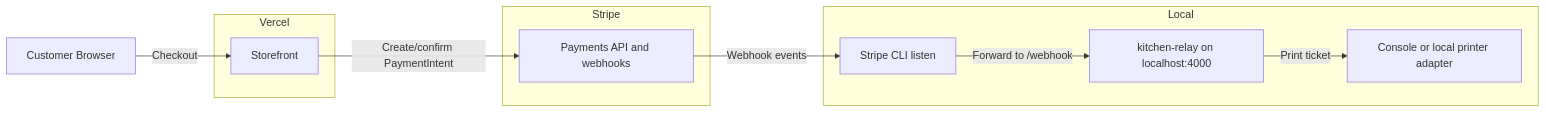
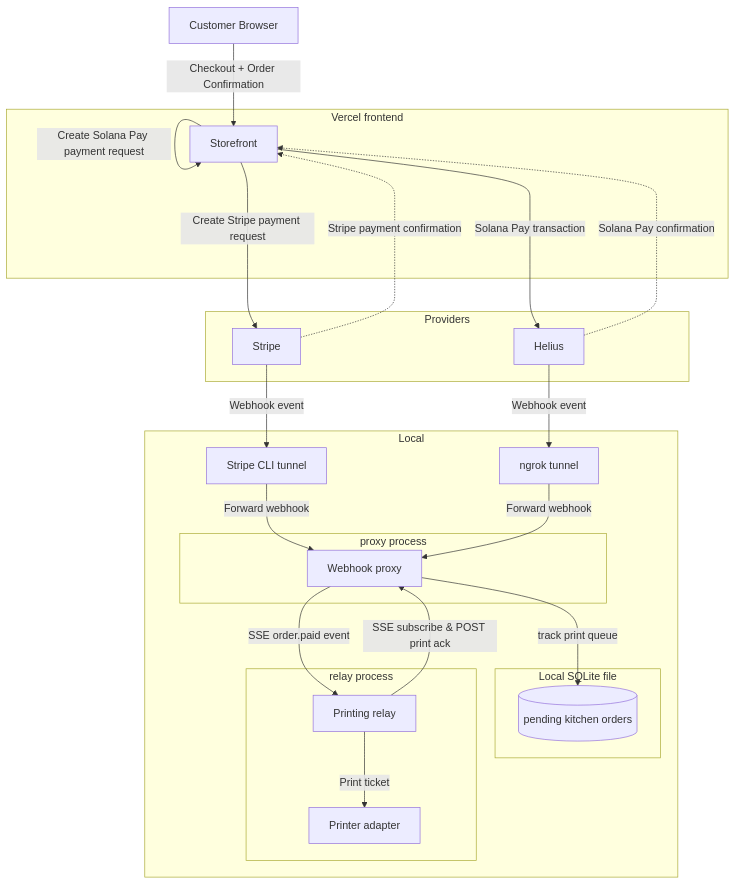
One commit to kilogold/RicoS changed the first of 2 diagrams in README.md. Above: the diagram before and after it, drawn with Mermaid. The commit also changed other lines of this file, not shown here.

Commit message:
Architecture docs

````diff
--- a/README.md
+++ b/README.md
@@ -145,24 +147,47 @@
 ```mermaid
-flowchart LR
+flowchart TB
   U[Customer Browser]
 
-  subgraph Vercel
+  subgraph Vercel frontend
     W[Storefront]
   end
 
-  subgraph Stripe
-    S[Payments API and webhooks]
+  subgraph Providers
+    S[Stripe]
+    H[Helius]
   end
 
   subgraph Local
-    C[Stripe CLI listen]
-    K[kitchen-relay on localhost:4000]
-    P[Console or local printer adapter]
+    T1[Stripe CLI tunnel]
+    T2[ngrok tunnel]     
+    
+    subgraph proxy process
+    X[Webhook proxy]
+    end
+
+    subgraph LSQL["Local SQLite file"]
+    DB[(pending kitchen orders)]
+    end
+
+    subgraph relay process
+    K[Printing relay]
+    P[Printer adapter]
+    end
   end
 
-  U -->|Checkout| W
-  W -->|Create/confirm PaymentIntent| S
-  S -->|Webhook events| C
-  C -->|Forward to /webhook| K
+  U -->|Checkout + Order Confirmation| W
+  W ---->|Create Stripe payment request| S
+  S -.->|Stripe payment confirmation| W 
+  W -->|Create Solana Pay payment request|W 
+  W ---->|Solana Pay transaction|H
+  H -.->|Solana Pay confirmation|W
+
+  S -->|Webhook event| T1
+  H -->|Webhook event| T2
+  T1 -->|Forward webhook| X
+  T2 -->|Forward webhook| X
+  X -->|track print queue| DB
+  X -->|SSE order.paid event| K
+  K -->|SSE subscribe & POST print ack| X
   K -->|Print ticket| P
 ```
````
